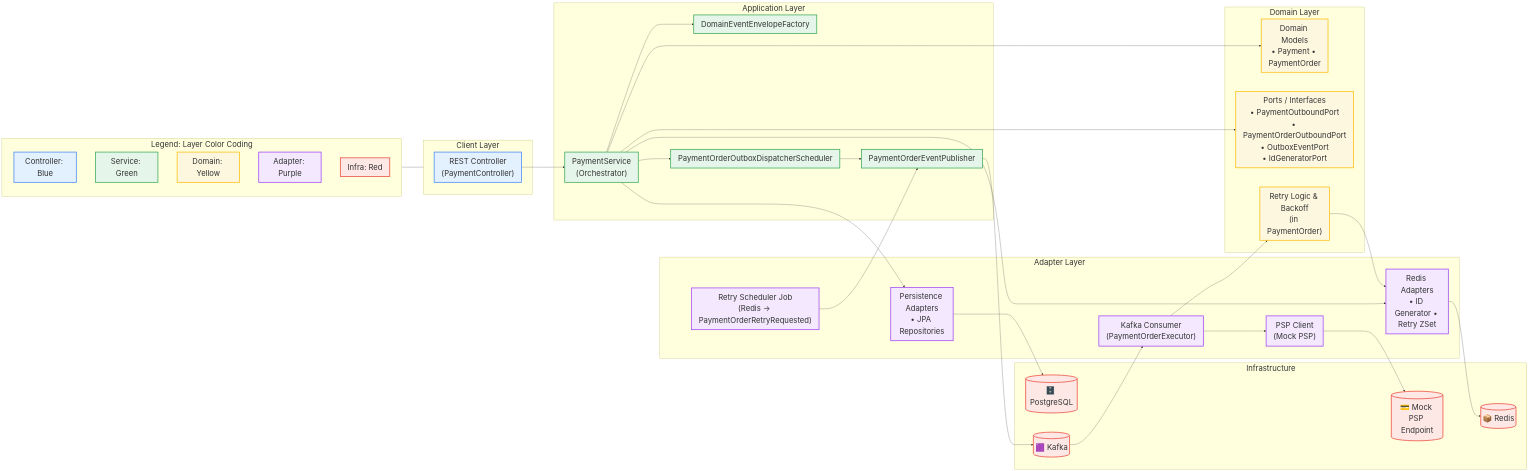
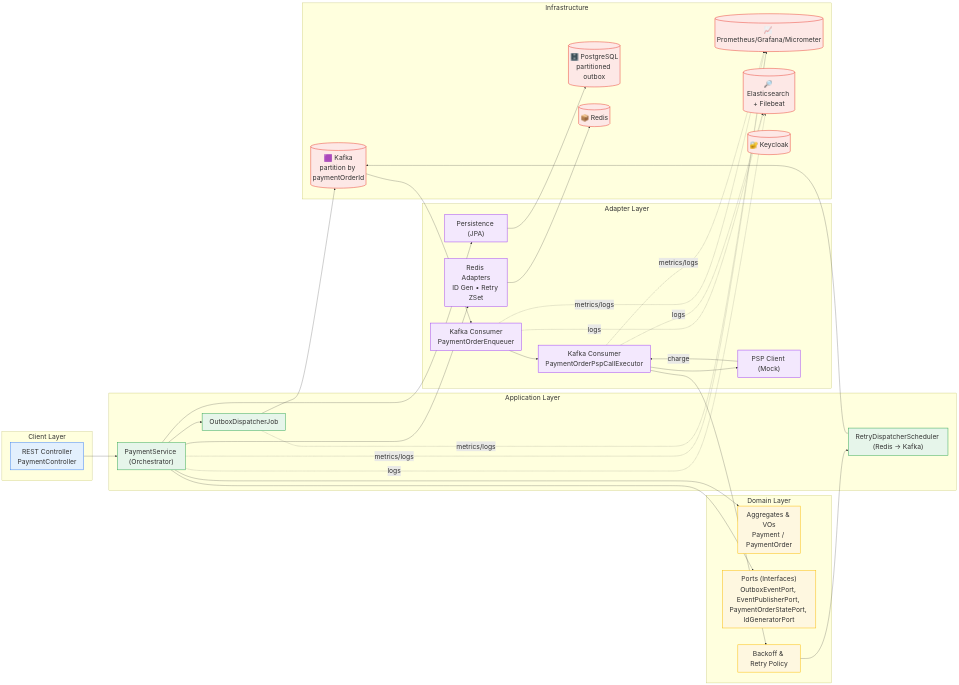
Before and after one commit to dcaglar/ecommerce-platform-kotlin: the diagram in README.md, drawn with Mermaid. The commit also changed other lines of this file and 1 other file, not shown here.

Commit message:
update architecture  document and readme

````diff
--- a/README.md
+++ b/README.md
@@ -32,75 +32,72 @@
 ```mermaid
 %%{init: { 
-  "themeVariables": { "fontSize": "32px", "nodeTextSize": "32px" }, 
-  "flowchart": { "nodeSpacing": 80, "rankSpacing": 90 },
+  "themeVariables": { "fontSize": "28px", "nodeTextSize": "28px" }, 
+  "flowchart": { "nodeSpacing": 70, "rankSpacing": 70 },
   "theme": "default"
 }}%%
 flowchart LR
-%% SRE-Style Custom Palette
-    classDef controller fill: #e3f0fd, stroke: #4285F4, stroke-width: 3px;
-    classDef service fill: #e6f5ea, stroke: #34A853, stroke-width: 3px;
-    classDef domain fill: #fef7e0, stroke: #FBBC05, stroke-width: 3px;
-    classDef adapter fill: #f3e8fd, stroke: #A142F4, stroke-width: 3px;
-    classDef infra fill: #fde8e6, stroke: #EA4335, stroke-width: 3px;
-    classDef legend fill: #fff, stroke: #aaa, stroke-width: 1px;
-    subgraph Legend [Legend: Layer Color Coding]
-        L1[Controller: Blue]:::controller
-        L2[Service: Green]:::service
-        L3[Domain: Yellow]:::domain
-        L4[Adapter: Purple]:::adapter
-        L5[Infra: Red]:::infra
+    classDef controller fill: #e3f0fd, stroke: #4285F4, stroke-width: 2px;
+    classDef service fill: #e6f5ea, stroke: #34A853, stroke-width: 2px;
+    classDef domain fill: #fef7e0, stroke: #FBBC05, stroke-width: 2px;
+    classDef adapter fill: #f3e8fd, stroke: #A142F4, stroke-width: 2px;
+    classDef infra fill: #fde8e6, stroke: #EA4335, stroke-width: 2px;
+    subgraph Client ["Client Layer"]
+        A["REST Controller<br/>PaymentController"]:::controller
     end
 
-    subgraph Client_Layer ["Client Layer"]
-        A["REST Controller<br/>(PaymentController)"]:::controller
+    subgraph App ["Application Layer"]
+        B["PaymentService (Orchestrator)"]:::service
+        D["OutboxDispatcherJob"]:::service
+        M["RetryDispatcherScheduler (Redis → Kafka)"]:::service
     end
 
-    subgraph Application_Layer ["Application Layer"]
-        B["PaymentService<br/>(Orchestrator)"]:::service
-        C[DomainEventEnvelopeFactory]:::service
-        D[PaymentOrderOutboxDispatcherScheduler]:::service
-        E[PaymentOrderEventPublisher]:::service
+    subgraph Domain ["Domain Layer"]
+        F["Aggregates & VOs<br/>Payment / PaymentOrder"]:::domain
+        G["Ports (Interfaces)<br/>OutboxEventPort, EventPublisherPort, PaymentOrderStatePort, IdGeneratorPort"]:::domain
+        H["Backoff & Retry Policy"]:::domain
     end
 
-    subgraph Domain_Layer ["Domain Layer"]
-        F["Domain Models<br/>• Payment • PaymentOrder"]:::domain
-        G["Ports / Interfaces<br/>• PaymentOutboundPort<br/>• PaymentOrderOutboundPort<br/>• OutboxEventPort<br/>• IdGeneratorPort"]:::domain
-        H["Retry Logic & Backoff<br/>(in PaymentOrder)"]:::domain
+    subgraph Adapter ["Adapter Layer"]
+        I["Persistence (JPA)"]:::adapter
+        J["Redis Adapters<br/>ID Gen • Retry ZSet"]:::adapter
+        K1["Kafka Consumer<br/>PaymentOrderEnqueuer"]:::adapter
+        K2["Kafka Consumer<br/>PaymentOrderPspCallExecutor"]:::adapter
+        N["PSP Client (Mock)"]:::adapter
     end
 
-    subgraph Adapter_Layer ["Adapter Layer"]
-        I["Persistence Adapters<br/>• JPA Repositories"]:::adapter
-        J["Redis Adapters<br/>• ID Generator • Retry ZSet"]:::adapter
-        K["Kafka Consumer<br/>(PaymentOrderExecutor)"]:::adapter
-        M["Retry Scheduler Job<br/>(Redis → PaymentOrderRetryRequested)"]:::adapter
-        N["PSP Client<br/>(Mock PSP)"]:::adapter
-    end
-
-subgraph Infrastructure_Layer ["Infrastructure"]
-DB[(🗄️ PostgreSQL)]:::infra
+subgraph Infra ["Infrastructure"]
+DB[(🗄️ PostgreSQL<br/>partitioned outbox)]:::infra
 REDIS[(📦 Redis)]:::infra
-KAFKA[(🟪 Kafka)]:::infra
-PSP_API[(💳 Mock PSP Endpoint)]:::infra
+KAFKA[(🟪 Kafka<br/>partition by paymentOrderId)]:::infra
+PROM[(📈 Prometheus/Grafana/Micrometer)]:::infra
+ELK[(🔎 Elasticsearch + Filebeat)]:::infra
+KEYC[(🔐 Keycloak)]:::infra
 end
 
-%% Relationships
 A --> B
+B --> I
+B --> J
+B --> D
+D --> KAFKA
 B --> F
-B --> J
-B --> I
 B --> G
-B --> C
-B --> D
-D --> E
-E --> KAFKA
-M --> E
-KAFKA --> K
-K --> N
-K --> H
-H --> J
+M --> KAFKA
+
+KAFKA --> K1
+K1 --> K2
+K2 --> N
+K2 --> H
+H --> M
+
 I --> DB
 J --> REDIS
-N --> PSP_API
+N -->|charge|K2
 
-Legend --- Client_Layer
+B -. metrics/logs .-> PROM
+K1 -. metrics/logs .-> PROM
+K2 -. metrics/logs .-> PROM
+D -. metrics/logs .-> PROM
+B -. logs .-> ELK
+K1 -. logs .-> ELK
+K2 -. logs .-> ELK
 ```
````
